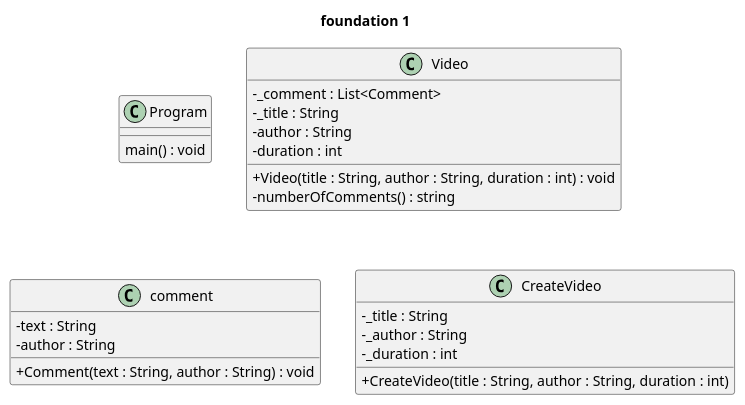
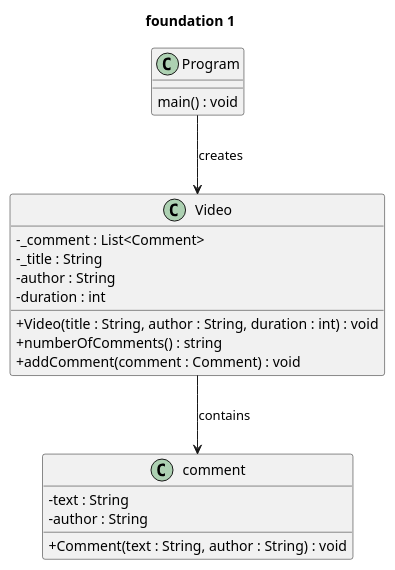
The diagram in final/Foundation1/Diagram.puml (Amiru-Code/cse-210-Projects), drawn with PlantUML before and after one commit. The commit also changed 7 other files, not shown here.

```diff
--- a/final/Foundation1/Diagram.puml
+++ b/final/Foundation1/Diagram.puml
@@ -1,35 +1,33 @@
 @startuml
 skinparam classAttributeIconSize 0
 title foundation 1 
 
 class Program {
     main() : void 
 }
 
 class Video {
     -_comment : List<Comment> 
     -_title : String
     -author : String
     -duration : int
     +Video(title : String, author : String, duration : int) : void
-    - numberOfComments() : string
+    + numberOfComments() : string
+    +addComment(comment : Comment) : void
     
 
 
 }
 
 class comment {
     -text : String
     -author : String
     +Comment(text : String, author : String) : void 
 }
 
 
-class CreateVideo { 
-    -_title : String
-    -_author : String
-    -_duration : int
-    +CreateVideo(title : String, author : String, duration : int)
-}
+
+Program --> Video : creates
+Video --> comment : contains
 
 @enduml
```
